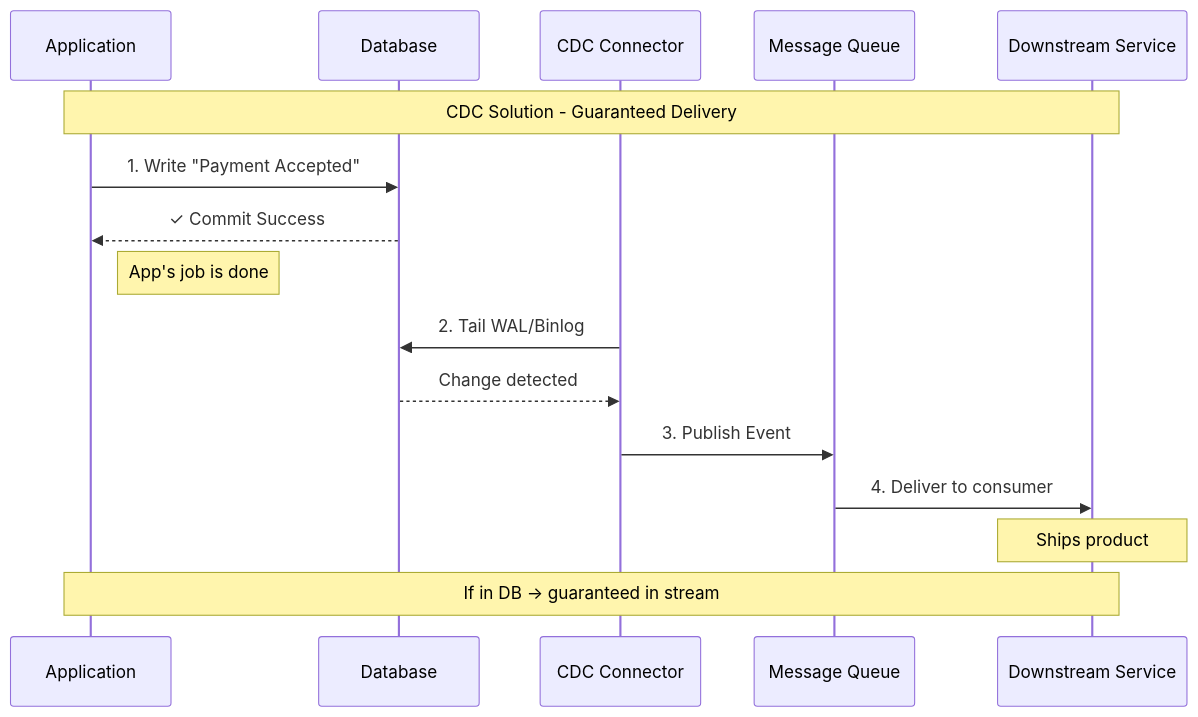
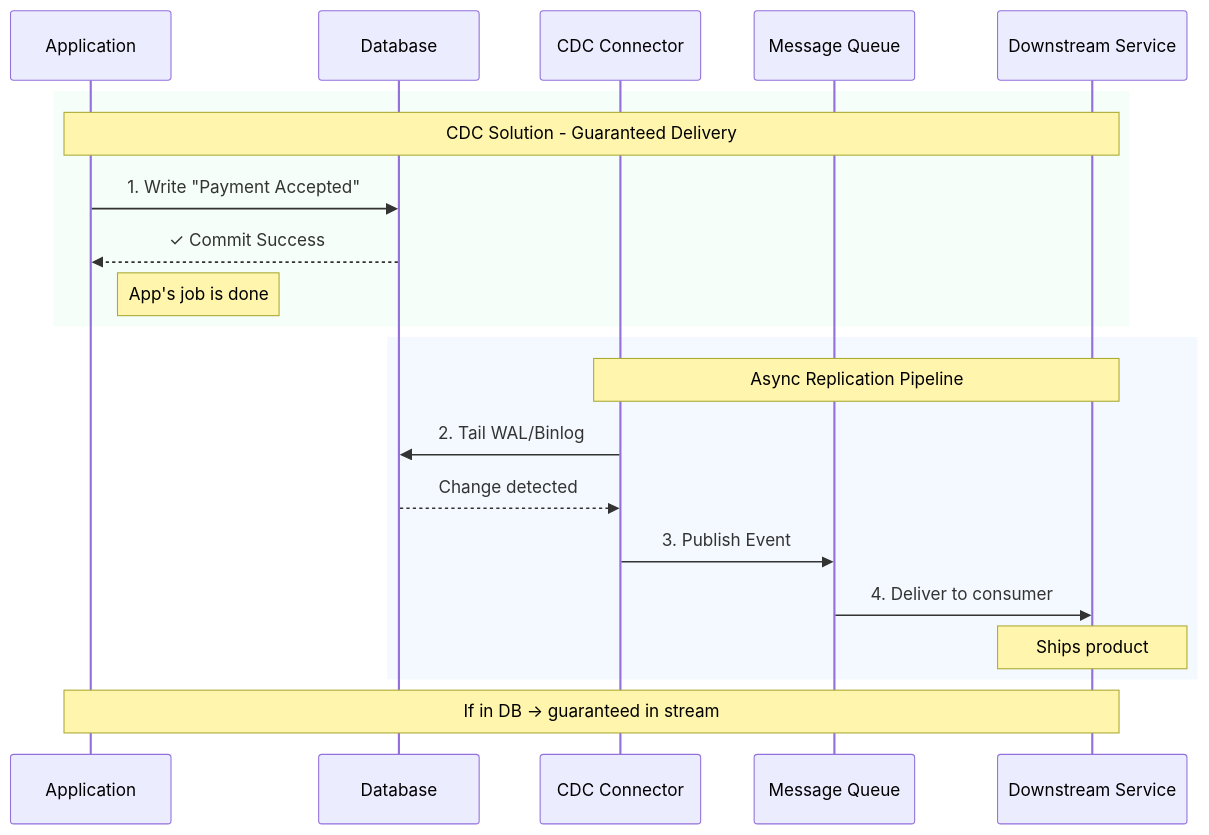
One commit to udaytamma/Cyrus changed the second of 7 diagrams in gemini-responses/change-data-capture-cdc-20260120-0919.md. Above: the diagram before and after it, drawn with Mermaid. The commit also changed other lines of this file and 28 other files, not shown here.

First line of the commit message:
Upgrade Knowledge Base Mermaid diagrams to professional styling

````diff
--- a/gemini-responses/change-data-capture-cdc-20260120-0919.md
+++ b/gemini-responses/change-data-capture-cdc-20260120-0919.md
@@ -51,21 +53,26 @@
 ```mermaid
 sequenceDiagram
     participant App as Application
     participant DB as Database
     participant CDC as CDC Connector
     participant MQ as Message Queue
     participant DS as Downstream Service
 
-    Note over App,DS: CDC Solution - Guaranteed Delivery
-    App->>DB: 1. Write "Payment Accepted"
-    DB-->>App: ✓ Commit Success
-    Note right of App: App's job is done
+    rect rgba(220,252,231,0.3)
+        Note over App,DS: CDC Solution - Guaranteed Delivery
+        App->>DB: 1. Write "Payment Accepted"
+        DB-->>App: ✓ Commit Success
+        Note right of App: App's job is done
+    end
 
-    CDC->>DB: 2. Tail WAL/Binlog
-    DB-->>CDC: Change detected
-    CDC->>MQ: 3. Publish Event
-    MQ->>DS: 4. Deliver to consumer
-    Note over DS: Ships product
+    rect rgba(219,234,254,0.3)
+        Note over CDC,DS: Async Replication Pipeline
+        CDC->>DB: 2. Tail WAL/Binlog
+        DB-->>CDC: Change detected
+        CDC->>MQ: 3. Publish Event
+        MQ->>DS: 4. Deliver to consumer
+        Note over DS: Ships product
+    end
 
     Note over App,DS: If in DB → guaranteed in stream
 ```
````
